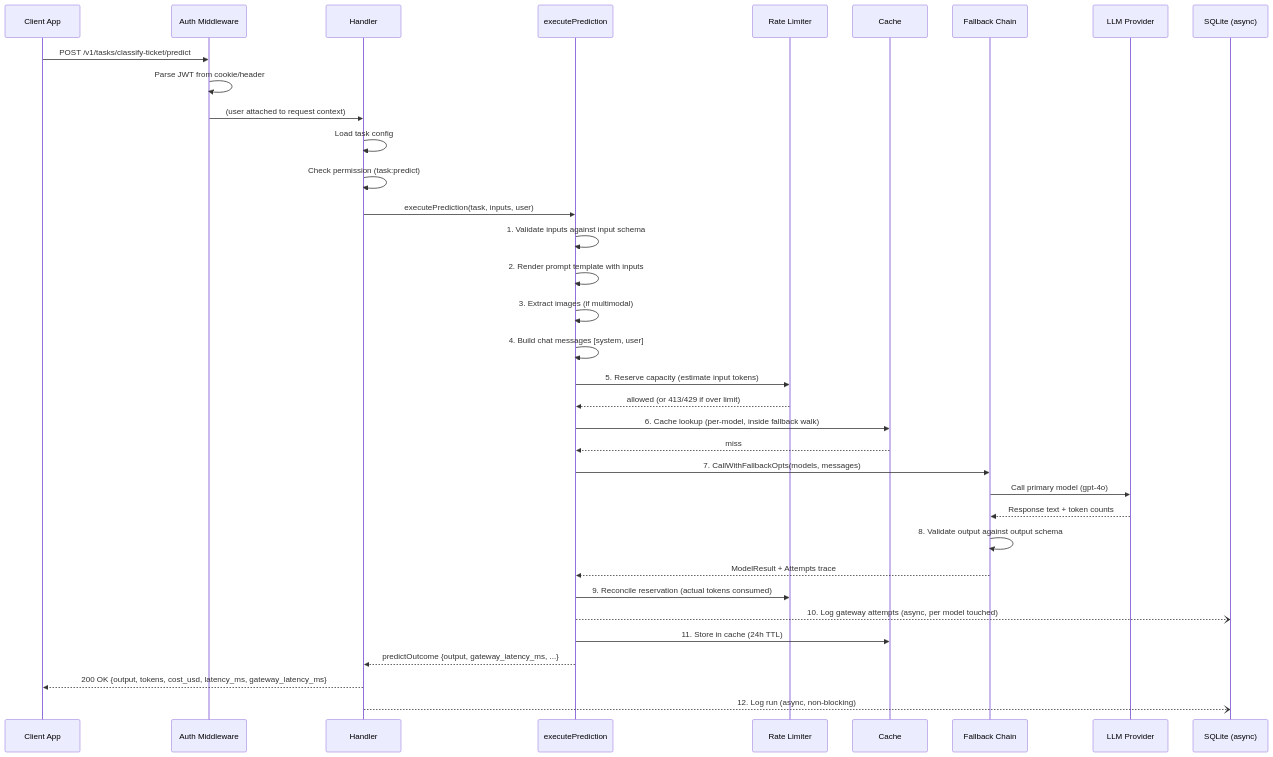
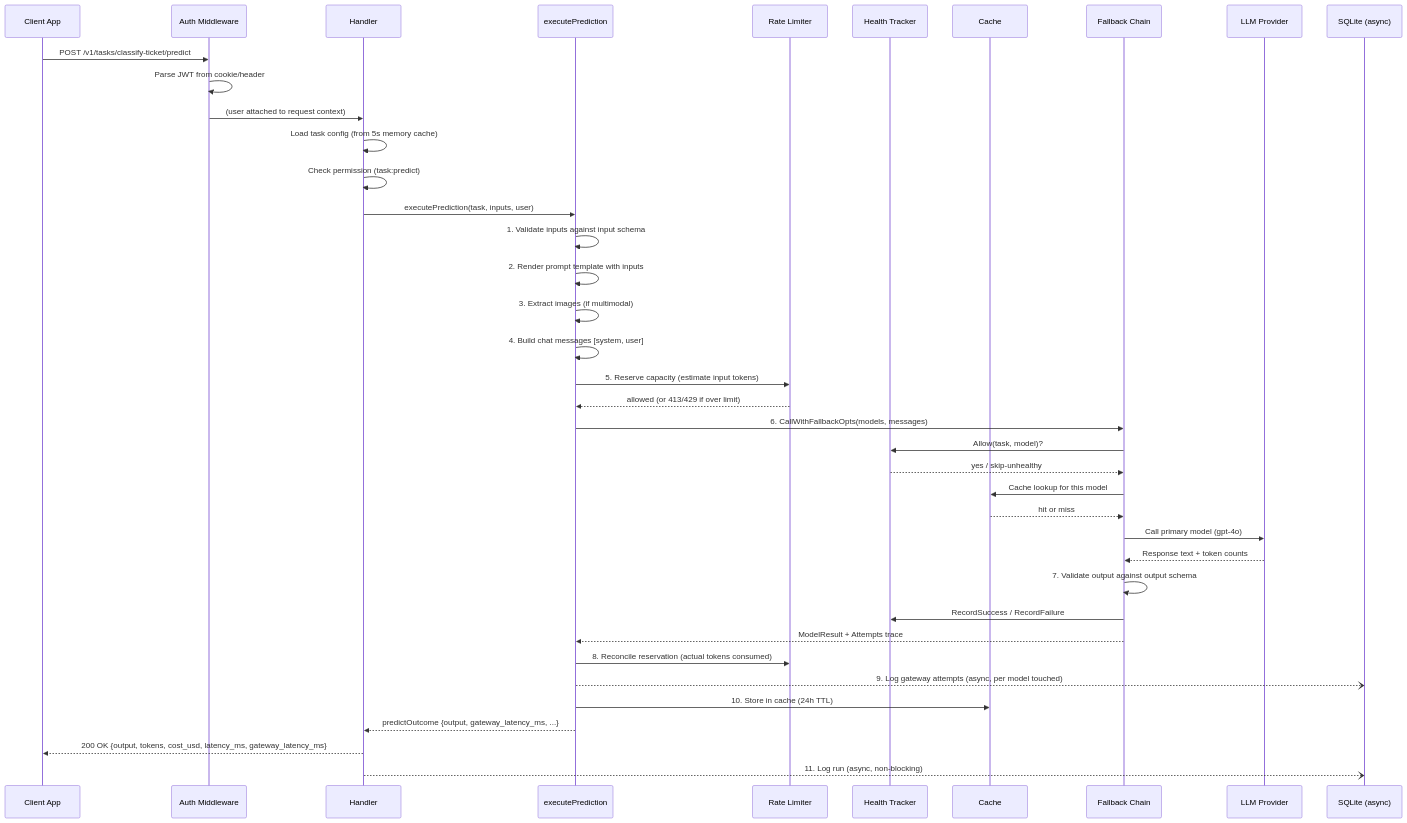
Before and after one commit to Anushka-meesho/llm_platform: the first of 2 diagrams in llm_platform_go/docs/04-prediction-flow.md, drawn with Mermaid. The commit also changed other lines of this file and 48 other files, not shown here.

````diff
--- a/llm_platform_go/docs/04-prediction-flow.md
+++ b/llm_platform_go/docs/04-prediction-flow.md
@@ -9,38 +9,42 @@
 ```mermaid
 sequenceDiagram
     participant App as Client App
     participant Mid as Auth Middleware
     participant H as Handler
     participant EP as executePrediction
     participant RL as Rate Limiter
+    participant HT as Health Tracker
     participant C as Cache
     participant FB as Fallback Chain
     participant P as LLM Provider
     participant DB as SQLite (async)
 
     App->>Mid: POST /v1/tasks/classify-ticket/predict
     Mid->>Mid: Parse JWT from cookie/header
     Mid->>H: (user attached to request context)
-    H->>H: Load task config
+    H->>H: Load task config (from 5s memory cache)
     H->>H: Check permission (task:predict)
     H->>EP: executePrediction(task, inputs, user)
     EP->>EP: 1. Validate inputs against input schema
     EP->>EP: 2. Render prompt template with inputs
     EP->>EP: 3. Extract images (if multimodal)
     EP->>EP: 4. Build chat messages [system, user]
     EP->>RL: 5. Reserve capacity (estimate input tokens)
     RL-->>EP: allowed (or 413/429 if over limit)
-    EP->>C: 6. Cache lookup (per-model, inside fallback walk)
-    C-->>EP: miss
-    EP->>FB: 7. CallWithFallbackOpts(models, messages)
+    EP->>FB: 6. CallWithFallbackOpts(models, messages)
+    FB->>HT: Allow(task, model)?
+    HT-->>FB: yes / skip-unhealthy
+    FB->>C: Cache lookup for this model
+    C-->>FB: hit or miss
     FB->>P: Call primary model (gpt-4o)
     P-->>FB: Response text + token counts
-    FB->>FB: 8. Validate output against output schema
+    FB->>FB: 7. Validate output against output schema
+    FB->>HT: RecordSuccess / RecordFailure
     FB-->>EP: ModelResult + Attempts trace
-    EP->>RL: 9. Reconcile reservation (actual tokens consumed)
-    EP--)DB: 10. Log gateway attempts (async, per model touched)
-    EP->>C: 11. Store in cache (24h TTL)
+    EP->>RL: 8. Reconcile reservation (actual tokens consumed)
+    EP--)DB: 9. Log gateway attempts (async, per model touched)
+    EP->>C: 10. Store in cache (24h TTL)
     EP-->>H: predictOutcome {output, gateway_latency_ms, ...}
     H-->>App: 200 OK {output, tokens, cost_usd, latency_ms, gateway_latency_ms}
-    H--)DB: 12. Log run (async, non-blocking)
+    H--)DB: 11. Log run (async, non-blocking)
 ```
````
